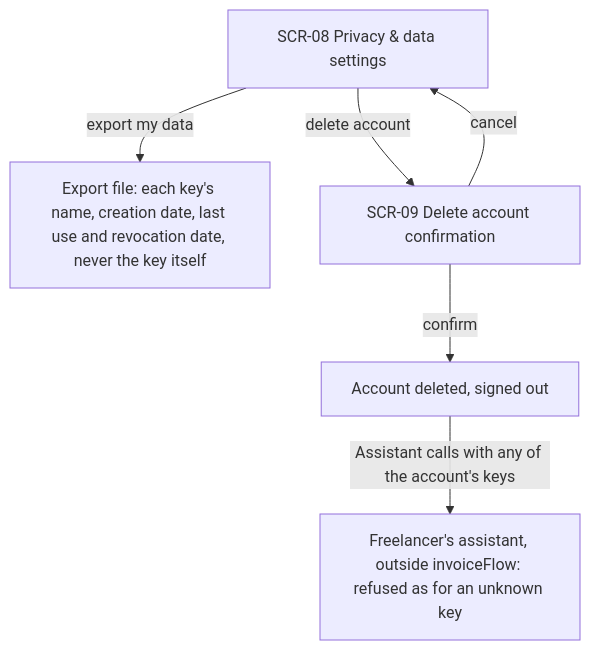
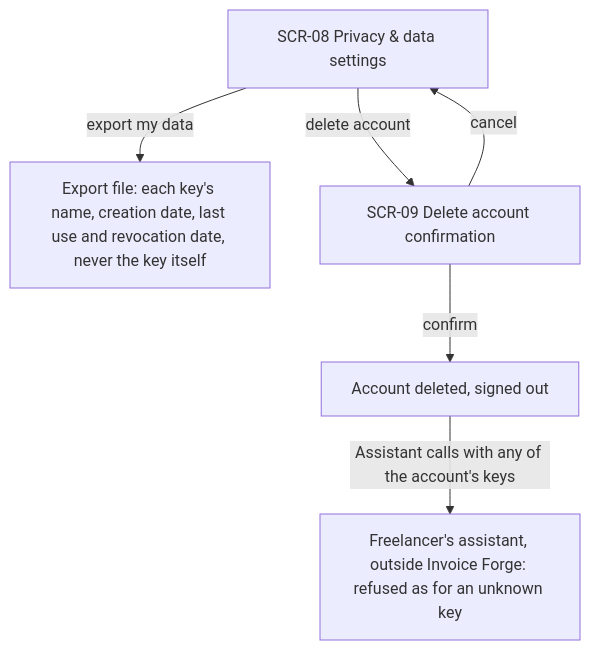
One commit to GopkoDev/invoiceForge changed the sixth of 6 diagrams in docs/features/mcp-server/ux-flows.md. Above: the diagram before and after it, drawn with Mermaid. The commit also changed other lines of this file and 50 other files, not shown here.

First line of the commit message:
fix: mcp-server use the product name Invoice Forge instead of invoiceFlow

````diff
--- a/docs/features/mcp-server/ux-flows.md
+++ b/docs/features/mcp-server/ux-flows.md
@@ -145,8 +145,8 @@
 ```mermaid
 flowchart TD
     F0["SCR-08 Privacy & data settings"] -->|export my data| F1["Export file: each key's name, creation date, last use and revocation date, never the key itself"]
     F0 -->|delete account| F2["SCR-09 Delete account confirmation"]
     F2 -->|cancel| F0
     F2 -->|confirm| F3["Account deleted, signed out"]
-    F3 -->|Assistant calls with any of the account's keys| F4["Freelancer's assistant, outside invoiceFlow: refused as for an unknown key"]
+    F3 -->|Assistant calls with any of the account's keys| F4["Freelancer's assistant, outside Invoice Forge: refused as for an unknown key"]
 ```
````
